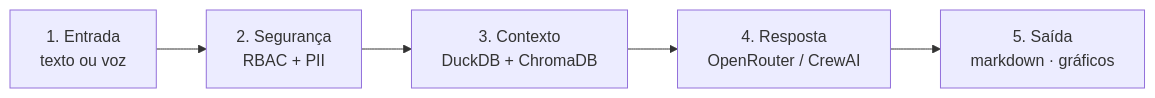
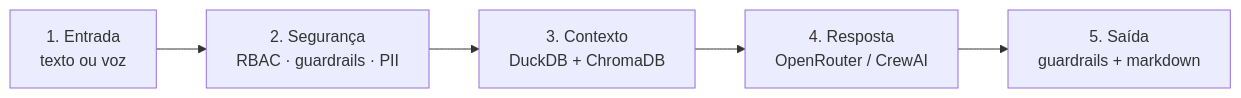
The fourth of 6 diagrams in README.md (Leonardolabdc/rotina_viva), drawn with Mermaid before and after one commit. The commit also changed other lines of this file and 4 other files, not shown here.

````diff
--- a/README.md
+++ b/README.md
@@ -276,10 +276,10 @@
 ```mermaid
 flowchart LR
     IN["1. Entrada<br/>texto ou voz"]
-    SEC["2. Segurança<br/>RBAC + PII"]
+    SEC["2. Segurança<br/>RBAC · guardrails · PII"]
     CTX["3. Contexto<br/>DuckDB + ChromaDB"]
     AI["4. Resposta<br/>OpenRouter / CrewAI"]
-    OUT["5. Saída<br/>markdown · gráficos"]
+    OUT["5. Saída<br/>guardrails + markdown"]
 
     IN --> SEC --> CTX --> AI --> OUT
 ```
````
